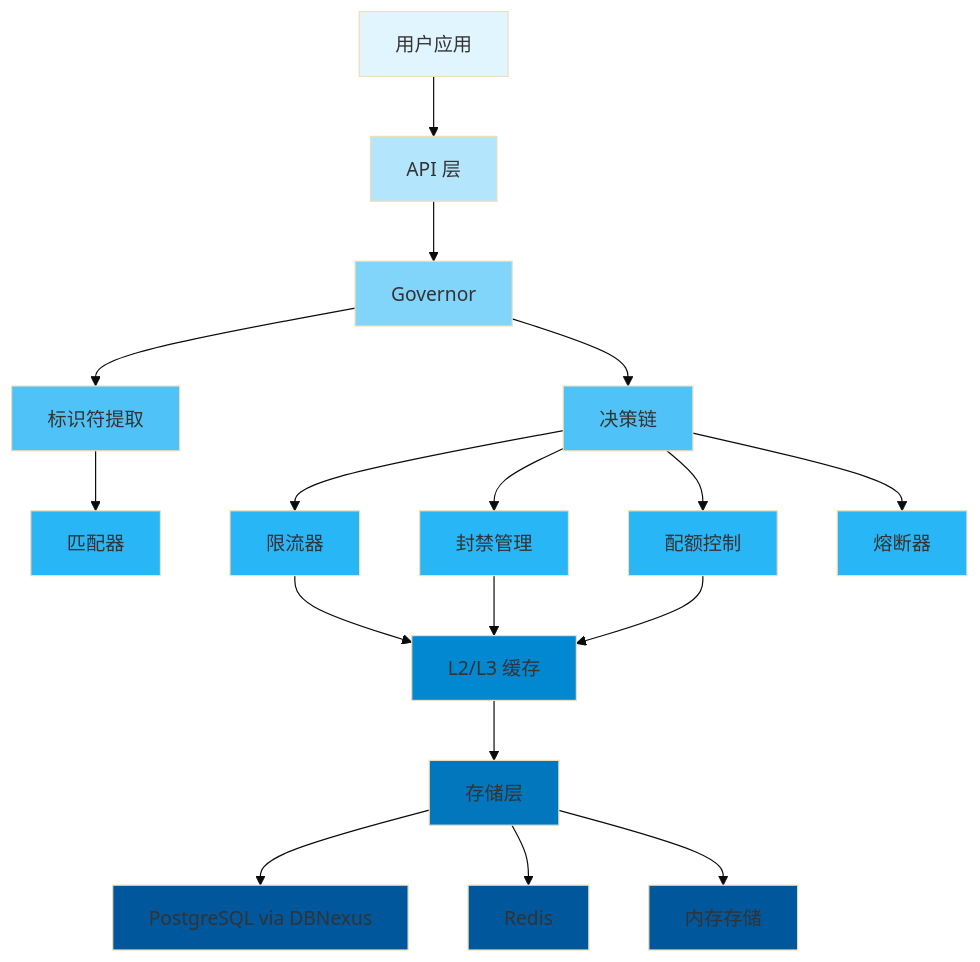
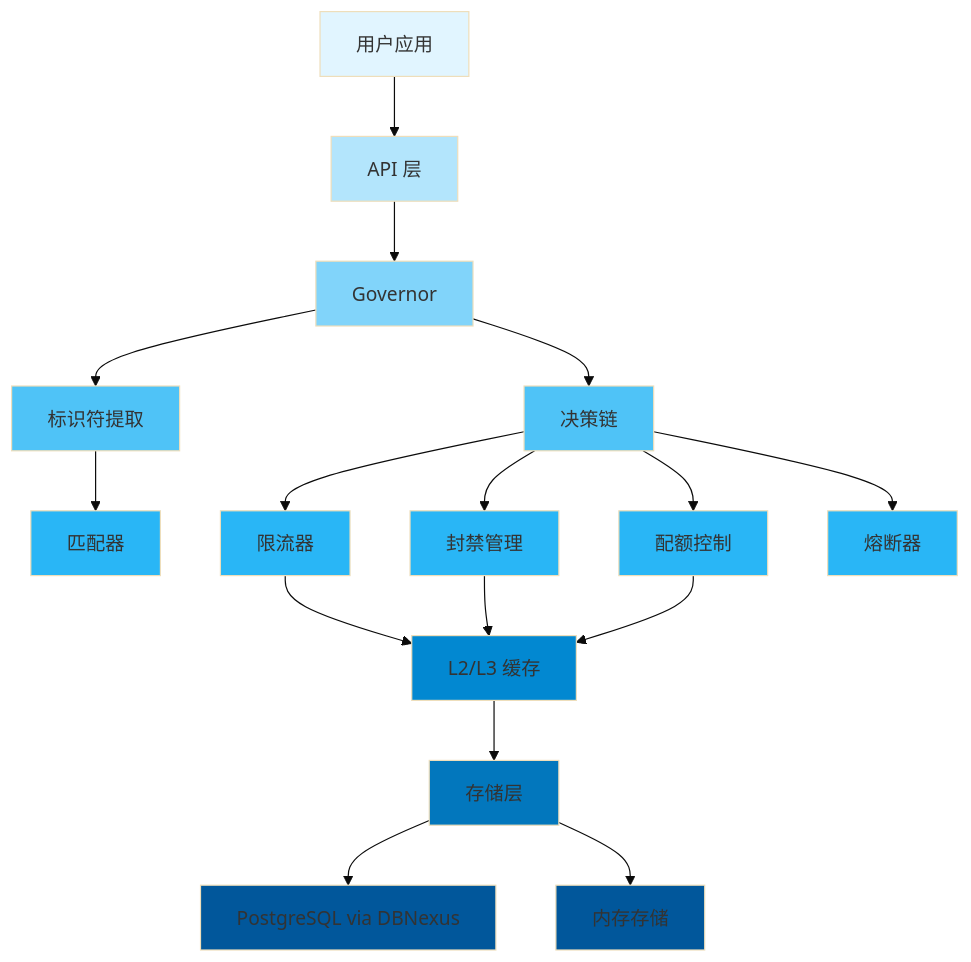
Before and after one commit to Kirky-X/limiteron: the second of 3 diagrams in README.md, drawn with Mermaid (base theme). The commit also changed other lines of this file and 6 other files, not shown here.

````diff
--- a/README.md
+++ b/README.md
@@ -570,35 +569,33 @@
 ```mermaid
 graph TB
     A[用户应用] --> B[API 层]
     B --> C[Governor]
     C --> D[标识符提取]
     C --> E[决策链]
     D --> F[匹配器]
     E --> G[限流器]
     E --> H[封禁管理]
     E --> I[配额控制]
     E --> J[熔断器]
     G --> K[L2/L3 缓存]
     H --> K
     I --> K
     K --> L[存储层]
     L --> M[PostgreSQL via DBNexus]
-    L --> N[Redis]
-    L --> O[内存存储]
+    L --> N[内存存储]
 
     style A fill:#e1f5ff
     style B fill:#b3e5fc
     style C fill:#81d4fa
     style D fill:#4fc3f7
     style E fill:#4fc3f7
     style F fill:#29b6f6
     style G fill:#29b6f6
     style H fill:#29b6f6
     style I fill:#29b6f6
     style J fill:#29b6f6
     style K fill:#0288d1
     style L fill:#0277bd
     style M fill:#01579b
     style N fill:#01579b
-    style O fill:#01579b
 ```
````
